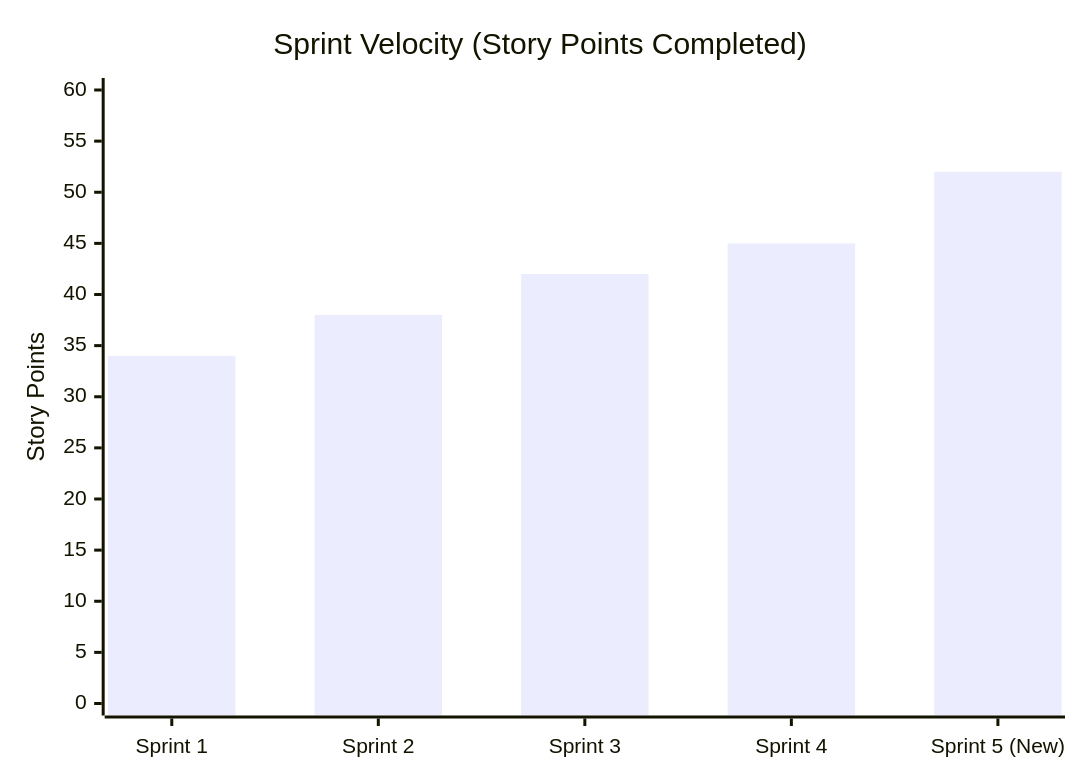
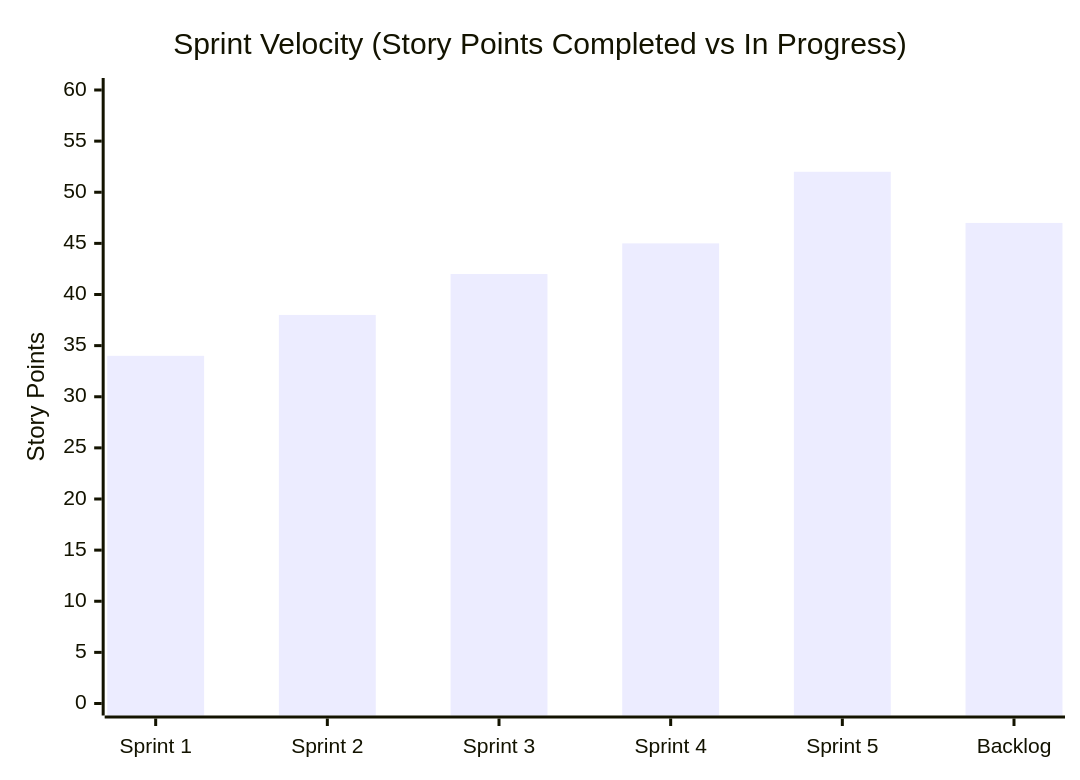
Before and after one commit to HarshaKaushalya/ELABS: the diagram in docs/JIRA_PROJECT_MANAGEMENT.md, drawn with Mermaid. The commit also changed other lines of this file and 1 other file, not shown here.

Commit message:
docs(jira): add uncompleted complex R&D backlog items, in-progress research stories, and velocity breakdown

````diff
--- a/docs/JIRA_PROJECT_MANAGEMENT.md
+++ b/docs/JIRA_PROJECT_MANAGEMENT.md
@@ -41,7 +44,7 @@
 ```mermaid
 xychart-beta
-    title "Sprint Velocity (Story Points Completed)"
-    x-axis ["Sprint 1", "Sprint 2", "Sprint 3", "Sprint 4", "Sprint 5 (New)"]
+    title "Sprint Velocity (Story Points Completed vs In Progress)"
+    x-axis ["Sprint 1", "Sprint 2", "Sprint 3", "Sprint 4", "Sprint 5", "Backlog"]
     y-axis "Story Points" 0 --> 60
-    bar [34, 38, 42, 45, 52]
+    bar [34, 38, 42, 45, 52, 47]
 ```
````
